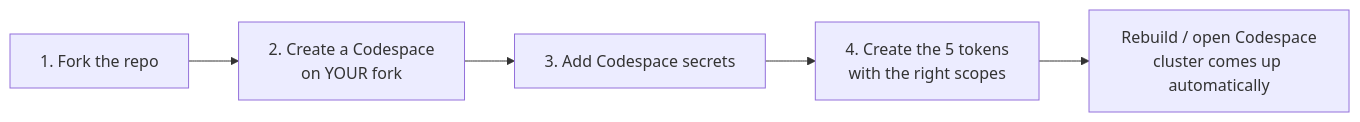
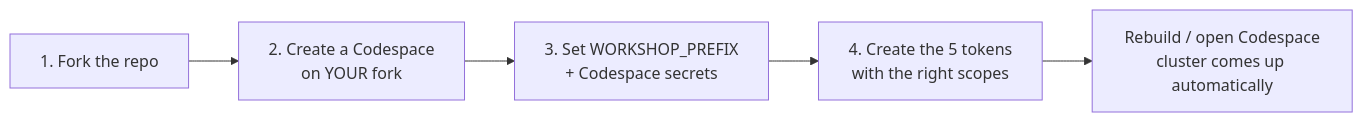
The diagram in docs/start-benchmark.md (henrikrexed/dynatrace-AI-Agent-Workshop), drawn with Mermaid before and after one commit. The commit also changed other lines of this file and 5 other files, not shown here.

First line of the commit message:
docs(prefix): teach WORKSHOP_PREFIX + attendee-scoped filter in onboarding & modules (ISI-6990)

````diff
--- a/docs/start-benchmark.md
+++ b/docs/start-benchmark.md
@@ -10,7 +10,7 @@
 ```mermaid
 flowchart LR
   A[1. Fork the repo] --> B[2. Create a Codespace<br/>on YOUR fork]
-  B --> C[3. Add Codespace secrets]
+  B --> C[3. Set WORKSHOP_PREFIX<br/>+ Codespace secrets]
   C --> D[4. Create the 5 tokens<br/>with the right scopes]
   D --> E[Rebuild / open Codespace<br/>cluster comes up automatically]
 ```
````
